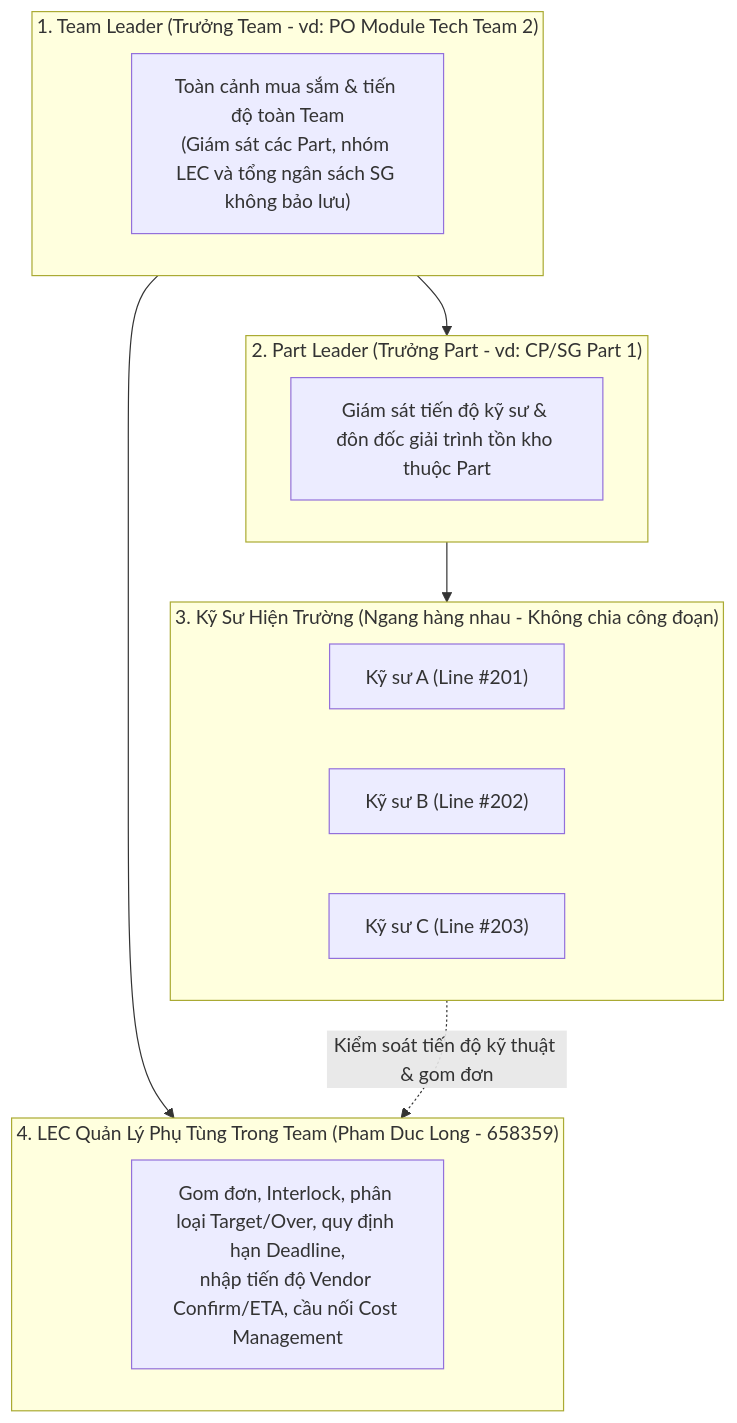
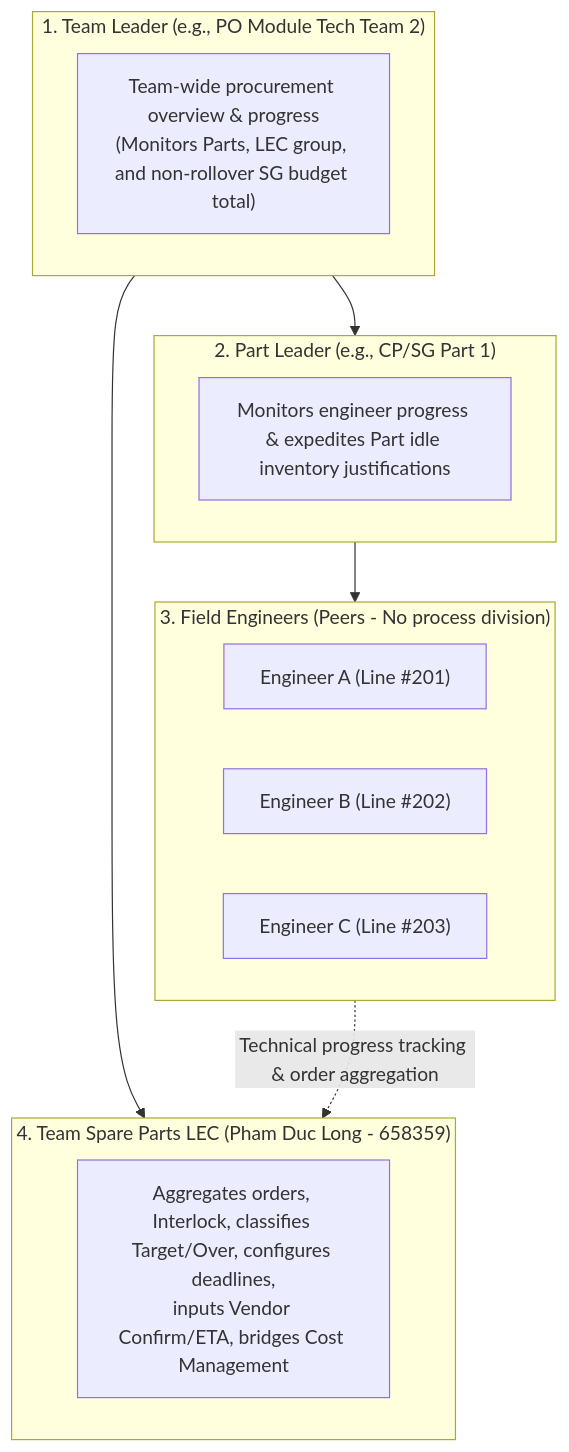
One commit to longphamduc-vn/ops-workflow changed the diagram in procurement-system/02-requestor-and-leader-portal/02-leader-team-monitoring-dashboard.md. Above: the diagram before and after it, drawn with Mermaid. The commit also changed other lines of this file and 28 other files, not shown here.

````diff
--- a/procurement-system/02-requestor-and-leader-portal/02-leader-team-monitoring-dashboard.md
+++ b/procurement-system/02-requestor-and-leader-portal/02-leader-team-monitoring-dashboard.md
@@ -17,25 +17,25 @@
 ```mermaid
 graph TD
-    subgraph TeamLevel["1. Team Leader (Trưởng Team - vd: PO Module Tech Team 2)"]
-        TL_View["Toàn cảnh mua sắm & tiến độ toàn Team\n(Giám sát các Part, nhóm LEC và tổng ngân sách SG không bảo lưu)"]
+    subgraph TeamLevel["1. Team Leader (e.g., PO Module Tech Team 2)"]
+        TL_View["Team-wide procurement overview & progress\n(Monitors Parts, LEC group, and non-rollover SG budget total)"]
     end
 
-    subgraph PartLevel["2. Part Leader (Trưởng Part - vd: CP/SG Part 1)"]
-        PL_View["Giám sát tiến độ kỹ sư & đôn đốc giải trình tồn kho thuộc Part"]
+    subgraph PartLevel["2. Part Leader (e.g., CP/SG Part 1)"]
+        PL_View["Monitors engineer progress & expedites Part idle inventory justifications"]
     end
 
-    subgraph PeerEngineers["3. Kỹ Sư Hiện Trường (Ngang hàng nhau - Không chia công đoạn)"]
-        Eng1["Kỹ sư A (Line #201)"]
-        Eng2["Kỹ sư B (Line #202)"]
-        Eng3["Kỹ sư C (Line #203)"]
+    subgraph PeerEngineers["3. Field Engineers (Peers - No process division)"]
+        Eng1["Engineer A (Line #201)"]
+        Eng2["Engineer B (Line #202)"]
+        Eng3["Engineer C (Line #203)"]
     end
 
-    subgraph LECLevel["4. LEC Quản Lý Phụ Tùng Trong Team (Pham Duc Long - 658359)"]
-        LEC_View["Gom đơn, Interlock, phân loại Target/Over, quy định hạn Deadline,\nnhập tiến độ Vendor Confirm/ETA, cầu nối Cost Management"]
+    subgraph LECLevel["4. Team Spare Parts LEC (Pham Duc Long - 658359)"]
+        LEC_View["Aggregates orders, Interlock, classifies Target/Over, configures deadlines,\ninputs Vendor Confirm/ETA, bridges Cost Management"]
     end
 
     TeamLevel --> PartLevel
     TeamLevel --> LECLevel
     PartLevel --> PeerEngineers
-    PeerEngineers -.->|"Kiểm soát tiến độ kỹ thuật & gom đơn"| LECLevel
+    PeerEngineers -.->|"Technical progress tracking & order aggregation"| LECLevel
 ```
````
